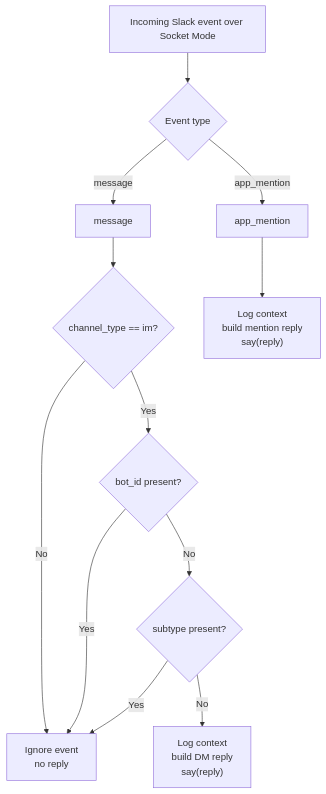
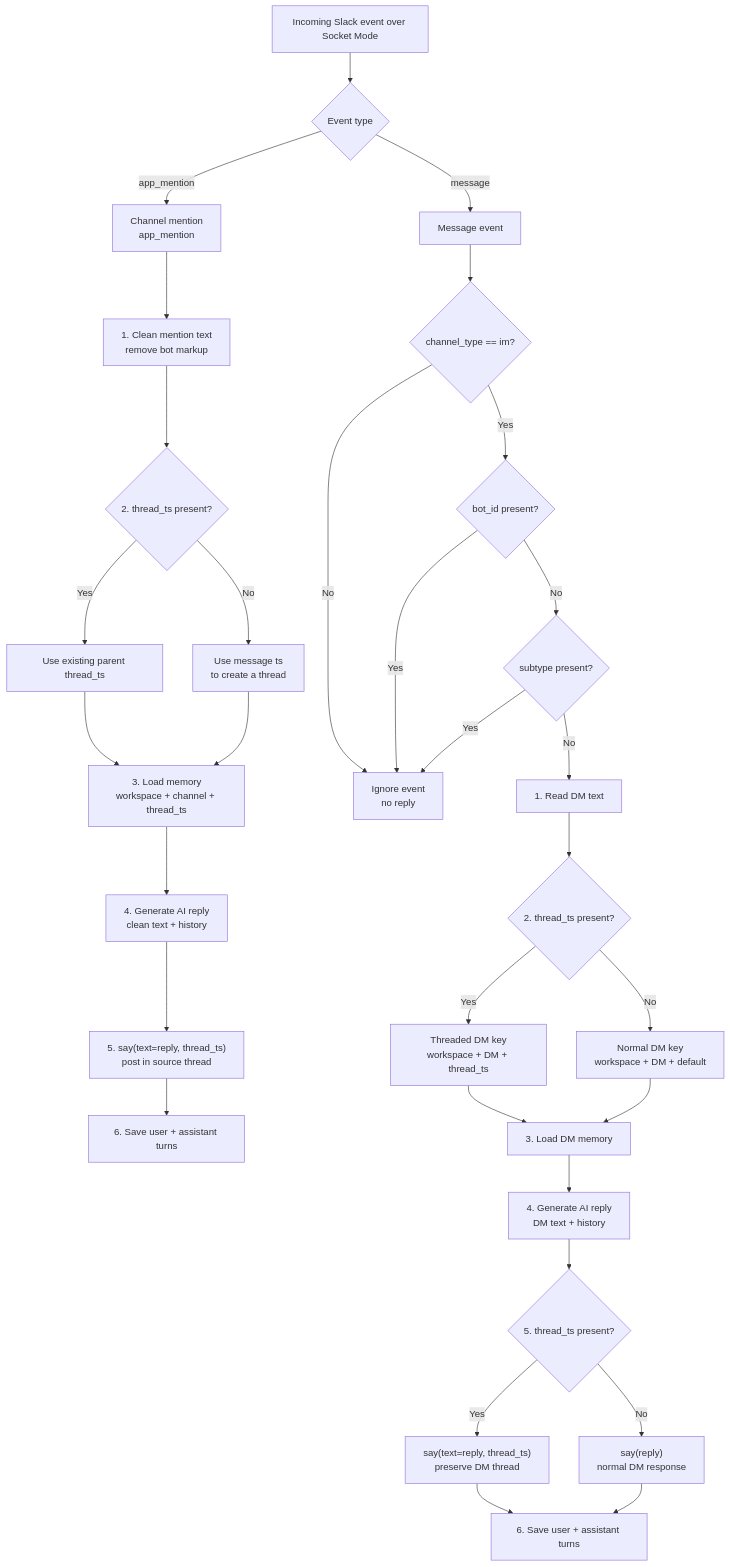
Before and after one commit to aymalkhalid/Slack-AI-WebSocket: the fourth of 4 diagrams in README.md, drawn with Mermaid. The commit also changed other lines of this file and 34 other files, not shown here.

First line of the commit message:
Add OpenAI replies, MongoDB memory, and threaded channel responses.

````diff
--- a/README.md
+++ b/README.md
@@ -148,25 +159,53 @@
 ```mermaid
 flowchart TD
     incoming["Incoming Slack event over Socket Mode"]
     type{"Event type"}
-    mention["app_mention"]
-    message["message"]
+    mentionStart["Channel mention<br/>app_mention"]
+    message["Message event"]
     dmCheck{"channel_type == im?"}
     botCheck{"bot_id present?"}
     subtypeCheck{"subtype present?"}
-    mentionReply["Log context<br/>build mention reply<br/>say(reply)"]
-    dmReply["Log context<br/>build DM reply<br/>say(reply)"]
     ignore["Ignore event<br/>no reply"]
 
+    mentionClean["1. Clean mention text<br/>remove bot markup"]
+    mentionThread{"2. thread_ts present?"}
+    mentionExisting["Use existing parent thread_ts"]
+    mentionNew["Use message ts<br/>to create a thread"]
+    mentionMemory["3. Load memory<br/>workspace + channel + thread_ts"]
+    mentionAI["4. Generate AI reply<br/>clean text + history"]
+    mentionSay["5. say(text=reply, thread_ts)<br/>post in source thread"]
+    mentionSave["6. Save user + assistant turns"]
+
+    dmText["1. Read DM text"]
+    dmThread{"2. thread_ts present?"}
+    dmThreadKey["Threaded DM key<br/>workspace + DM + thread_ts"]
+    dmDefaultKey["Normal DM key<br/>workspace + DM + default"]
+    dmMemory["3. Load DM memory"]
+    dmAI["4. Generate AI reply<br/>DM text + history"]
+    dmSayChoice{"5. thread_ts present?"}
+    dmSayThread["say(text=reply, thread_ts)<br/>preserve DM thread"]
+    dmSayTop["say(reply)<br/>normal DM response"]
+    dmSave["6. Save user + assistant turns"]
+
     incoming --> type
-    type -->|app_mention| mention
+    type -->|app_mention| mentionStart
     type -->|message| message
-    mention --> mentionReply
+
+    mentionStart --> mentionClean --> mentionThread
+    mentionThread -->|Yes| mentionExisting --> mentionMemory
+    mentionThread -->|No| mentionNew --> mentionMemory
+    mentionMemory --> mentionAI --> mentionSay --> mentionSave
+
     message --> dmCheck
     dmCheck -->|No| ignore
     dmCheck -->|Yes| botCheck
     botCheck -->|Yes| ignore
     botCheck -->|No| subtypeCheck
     subtypeCheck -->|Yes| ignore
-    subtypeCheck -->|No| dmReply
+    subtypeCheck -->|No| dmText --> dmThread
+    dmThread -->|Yes| dmThreadKey --> dmMemory
+    dmThread -->|No| dmDefaultKey --> dmMemory
+    dmMemory --> dmAI --> dmSayChoice
+    dmSayChoice -->|Yes| dmSayThread --> dmSave
+    dmSayChoice -->|No| dmSayTop --> dmSave
 ```
````
